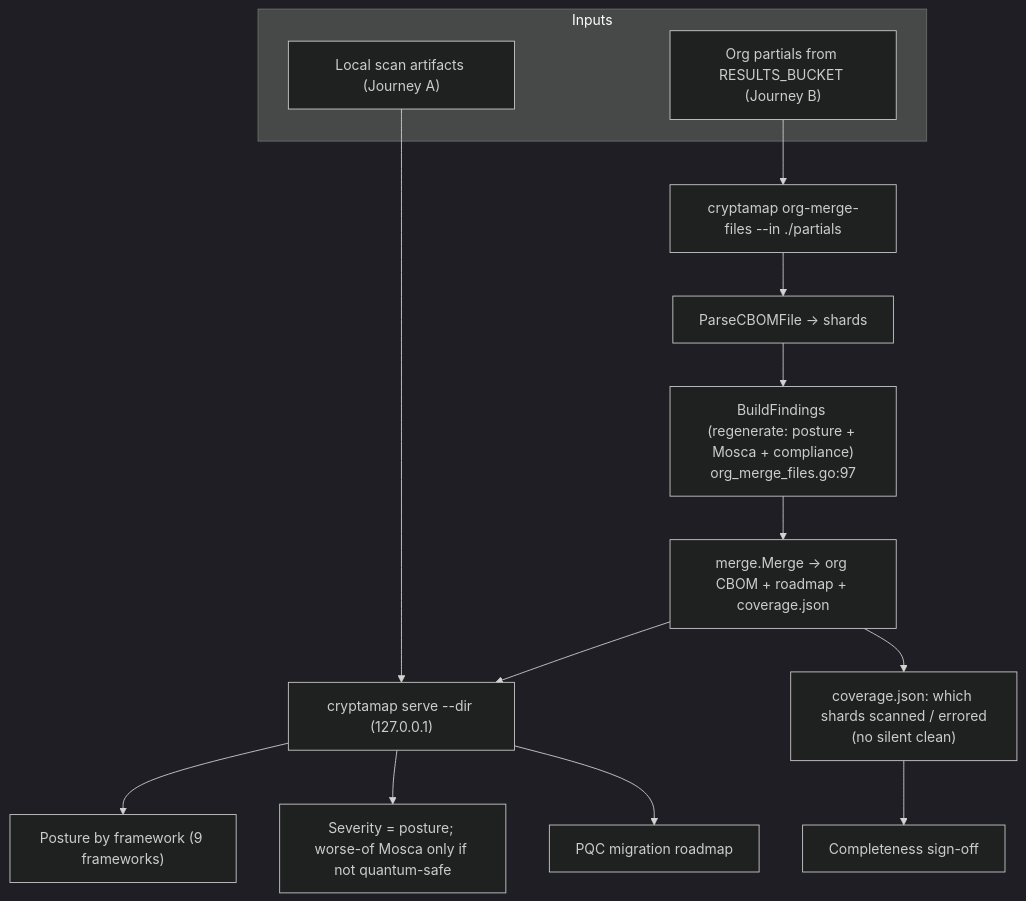
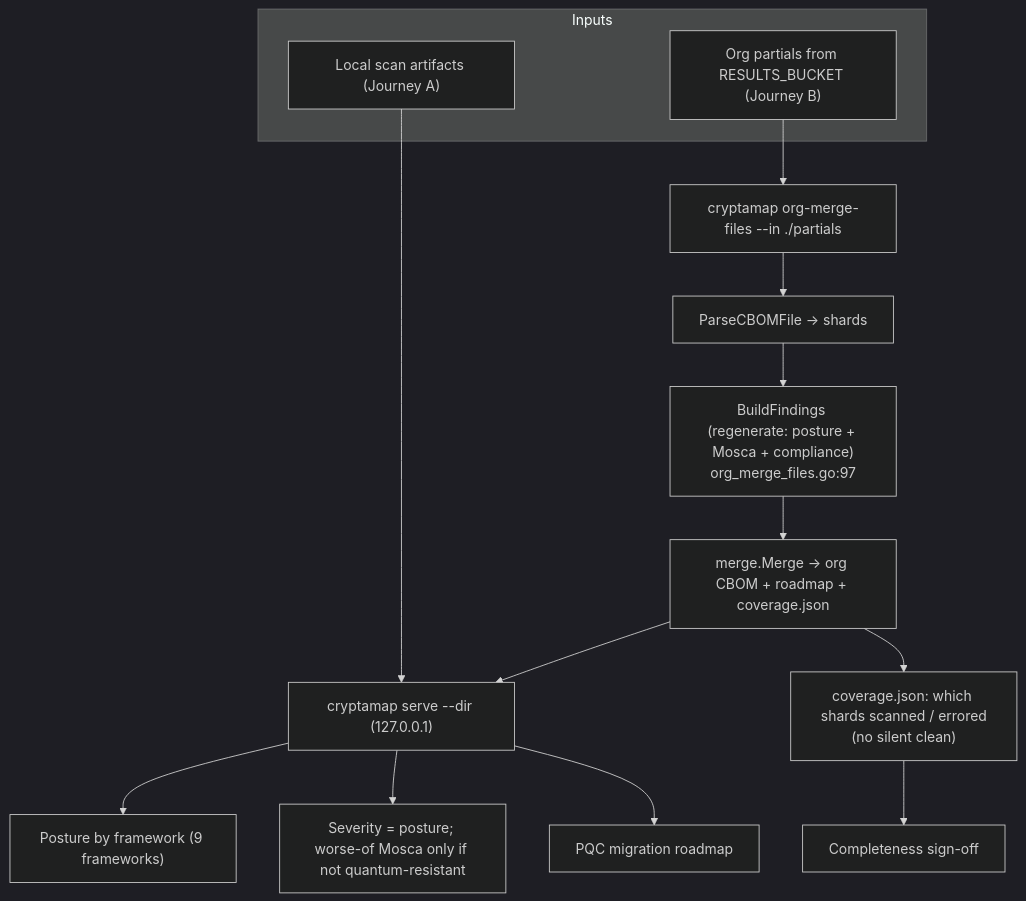
The fifth of 9 diagrams in docs/sdlc/03-USER-JOURNEYS.md (aws-samples/sample-CryptaMap), drawn with Mermaid (dark theme) before and after one commit. The commit also changed other lines of this file and 106 other files, not shown here.

````diff
--- a/docs/sdlc/03-USER-JOURNEYS.md
+++ b/docs/sdlc/03-USER-JOURNEYS.md
@@ -199,18 +199,18 @@
 ```mermaid
 flowchart TD
     subgraph Inputs
       A1["Local scan artifacts (Journey A)"]
       A2["Org partials from RESULTS_BUCKET (Journey B)"]
     end
     A2 --> M["cryptamap org-merge-files --in ./partials"]
     M --> P["ParseCBOMFile -> shards"]
     P --> BF["BuildFindings (regenerate: posture + Mosca + compliance)\norg_merge_files.go:97"]
     BF --> MG["merge.Merge -> org CBOM + roadmap + coverage.json"]
     A1 --> SV["cryptamap serve --dir (127.0.0.1)"]
     MG --> SV
     MG --> COV["coverage.json: which shards scanned / errored\n(no silent clean)"]
     SV --> R1["Posture by framework (9 frameworks)"]
-    SV --> R2["Severity = posture; worse-of Mosca only if not quantum-safe"]
+    SV --> R2["Severity = posture; worse-of Mosca only if not quantum-resistant"]
     SV --> R3["PQC migration roadmap"]
     COV --> R4["Completeness sign-off"]
 ```
````
